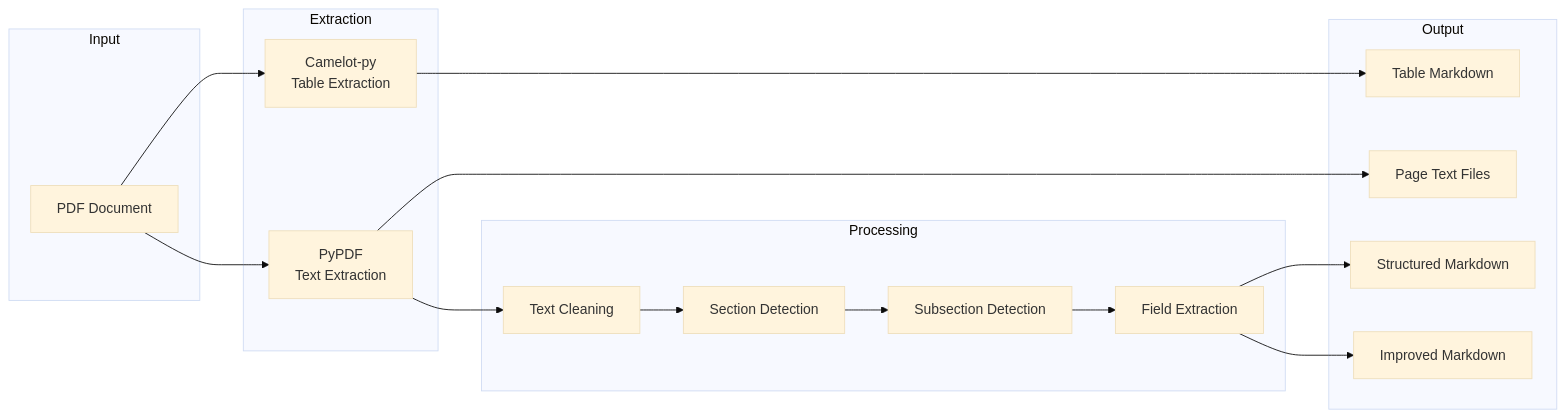
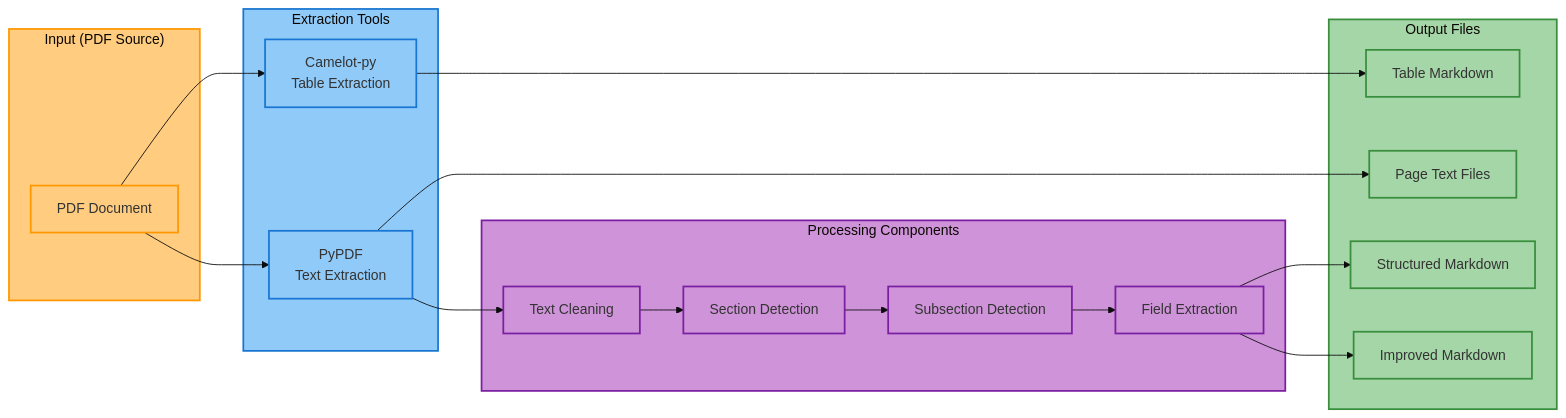
One commit to SoundMindsAI/pdf-handling changed the third of 3 diagrams in README.md. Above: the diagram before and after it, drawn with Mermaid (base theme). The commit also changed other lines of this file, not shown here.

First line of the commit message:
Improve workflow diagram readability in README.md

````diff
--- a/README.md
+++ b/README.md
@@ -139,36 +154,51 @@
 ```mermaid
 flowchart LR
-    subgraph Input
+    subgraph Input["Input (PDF Source)"]
+        style Input fill:#ffcc80,stroke:#ff9800,stroke-width:2px
         PDF[PDF Document]
+        style PDF fill:#ffcc80,stroke:#ff9800,stroke-width:2px
     end
     
-    subgraph Extraction
+    subgraph Extraction["Extraction Tools"]
+        style Extraction fill:#90caf9,stroke:#1976d2,stroke-width:2px
         CamelotPy[Camelot-py\nTable Extraction]
         PyPDF[PyPDF\nText Extraction]
+        style CamelotPy fill:#90caf9,stroke:#1976d2,stroke-width:2px
+        style PyPDF fill:#90caf9,stroke:#1976d2,stroke-width:2px
     end
     
-    subgraph Processing
+    subgraph Processing["Processing Components"]
+        style Processing fill:#ce93d8,stroke:#7b1fa2,stroke-width:2px
         Cleaning[Text Cleaning]
         SectionDetection[Section Detection]
         SubsectionDetection[Subsection Detection]
         FieldExtraction[Field Extraction]
+        style Cleaning fill:#ce93d8,stroke:#7b1fa2,stroke-width:2px
+        style SectionDetection fill:#ce93d8,stroke:#7b1fa2,stroke-width:2px
+        style SubsectionDetection fill:#ce93d8,stroke:#7b1fa2,stroke-width:2px
+        style FieldExtraction fill:#ce93d8,stroke:#7b1fa2,stroke-width:2px
     end
     
-    subgraph Output
+    subgraph Output["Output Files"]
+        style Output fill:#a5d6a7,stroke:#388e3c,stroke-width:2px
         TablesMD[Table Markdown]
         PageText[Page Text Files]
         StructuredMD[Structured Markdown]
         ImprovedMD[Improved Markdown]
+        style TablesMD fill:#a5d6a7,stroke:#388e3c,stroke-width:2px
+        style PageText fill:#a5d6a7,stroke:#388e3c,stroke-width:2px
+        style StructuredMD fill:#a5d6a7,stroke:#388e3c,stroke-width:2px
+        style ImprovedMD fill:#a5d6a7,stroke:#388e3c,stroke-width:2px
     end
     
     PDF --> CamelotPy
     PDF --> PyPDF
     CamelotPy --> TablesMD
     PyPDF --> PageText
     PyPDF --> Cleaning
     Cleaning --> SectionDetection
     SectionDetection --> SubsectionDetection
     SubsectionDetection --> FieldExtraction
     FieldExtraction --> StructuredMD
     FieldExtraction --> ImprovedMD
 ```
````
